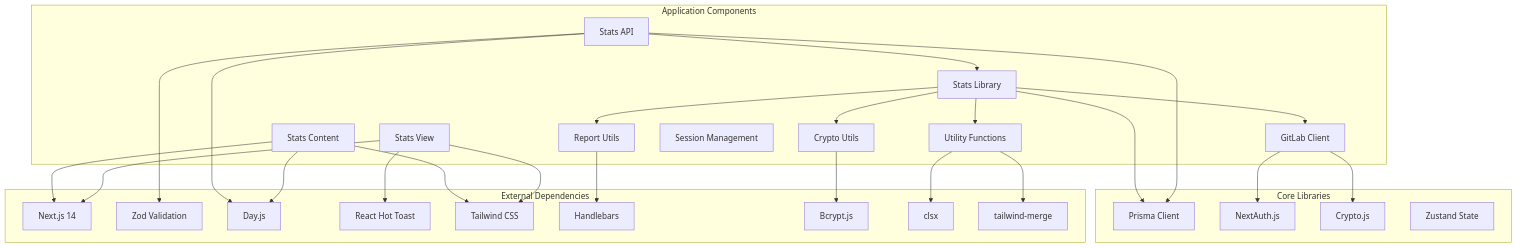
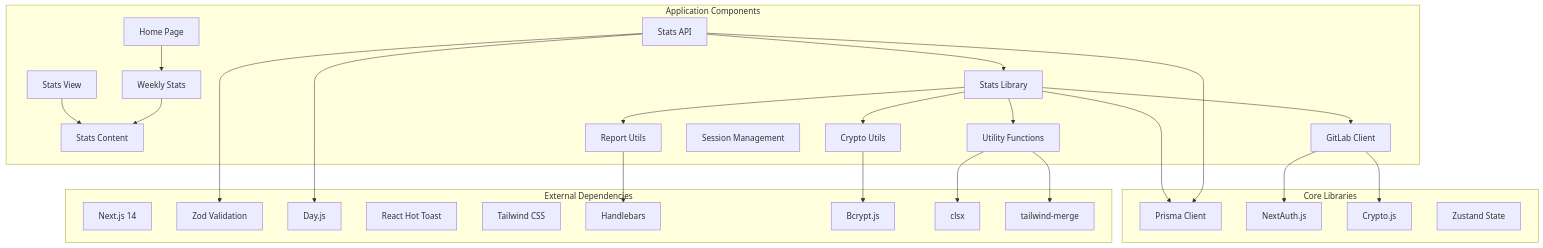
One commit to jrj444/git-daily changed the eighth of 8 diagrams in .qoder/repowiki/en/content/Frontend Components/Commit Statistics Dashboard.md. Above: the diagram before and after it, drawn with Mermaid. The commit also changed other lines of this file and 3 other files, not shown here.

````diff
--- a/.qoder/repowiki/en/content/Frontend Components/Commit Statistics Dashboard.md
+++ b/.qoder/repowiki/en/content/Frontend Components/Commit Statistics Dashboard.md
@@ -344,52 +418,51 @@
 ```mermaid
 graph TB
 subgraph "External Dependencies"
 NextJS[Next.js 14]
 Zod[Zod Validation]
 DayJS[Day.js]
 ReactHotToast[React Hot Toast]
 TailwindCSS[Tailwind CSS]
 Handlebars[Handlebars]
 Bcrypt[Bcrypt.js]
 clsx[clsx]
 tailwind-merge[tailwind-merge]
 end
 subgraph "Core Libraries"
 Prisma[Prisma Client]
 NextAuth[NextAuth.js]
 CryptoJS[Crypto.js]
 Zustand[Zustand State]
 end
 subgraph "Application Components"
+HomePage[Home Page]
 StatsView[Stats View]
 StatsContent[Stats Content]
+WeeklyStats[Weekly Stats]
 StatsAPI[Stats API]
 StatsLib[Stats Library]
 GitLabClient[GitLab Client]
 ReportUtils[Report Utils]
 CryptoUtils[Crypto Utils]
 SessionLib[Session Management]
 UtilsLib[Utility Functions]
 end
-StatsView --> NextJS
-StatsView --> ReactHotToast
-StatsView --> TailwindCSS
-StatsContent --> NextJS
-StatsContent --> TailwindCSS
-StatsContent --> DayJS
+HomePage --> WeeklyStats
+WeeklyStats --> StatsContent
+StatsView --> StatsContent
 StatsAPI --> Zod
 StatsAPI --> DayJS
 StatsAPI --> Prisma
 StatsAPI --> StatsLib
 StatsLib --> UtilsLib
 StatsLib --> GitLabClient
 StatsLib --> ReportUtils
 StatsLib --> CryptoUtils
 StatsLib --> Prisma
 GitLabClient --> NextAuth
 GitLabClient --> CryptoJS
 ReportUtils --> Handlebars
 CryptoUtils --> Bcrypt
 UtilsLib --> clsx
 UtilsLib --> tailwind-merge
 ```
````
